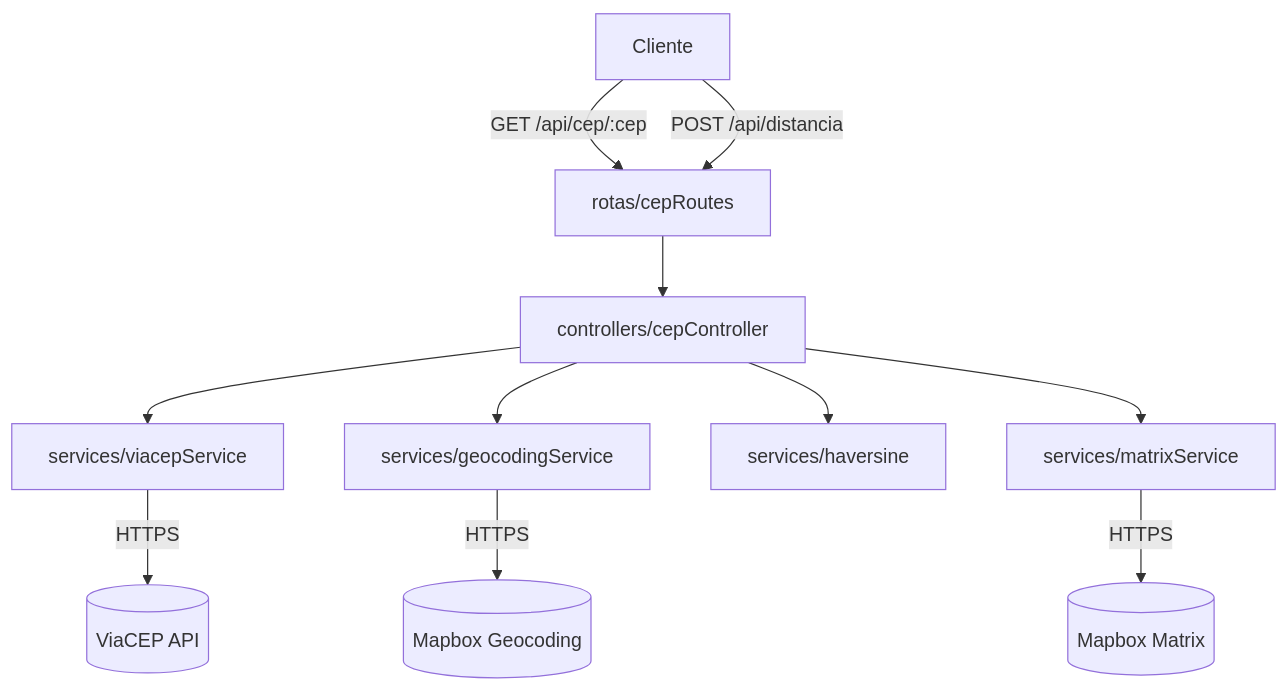
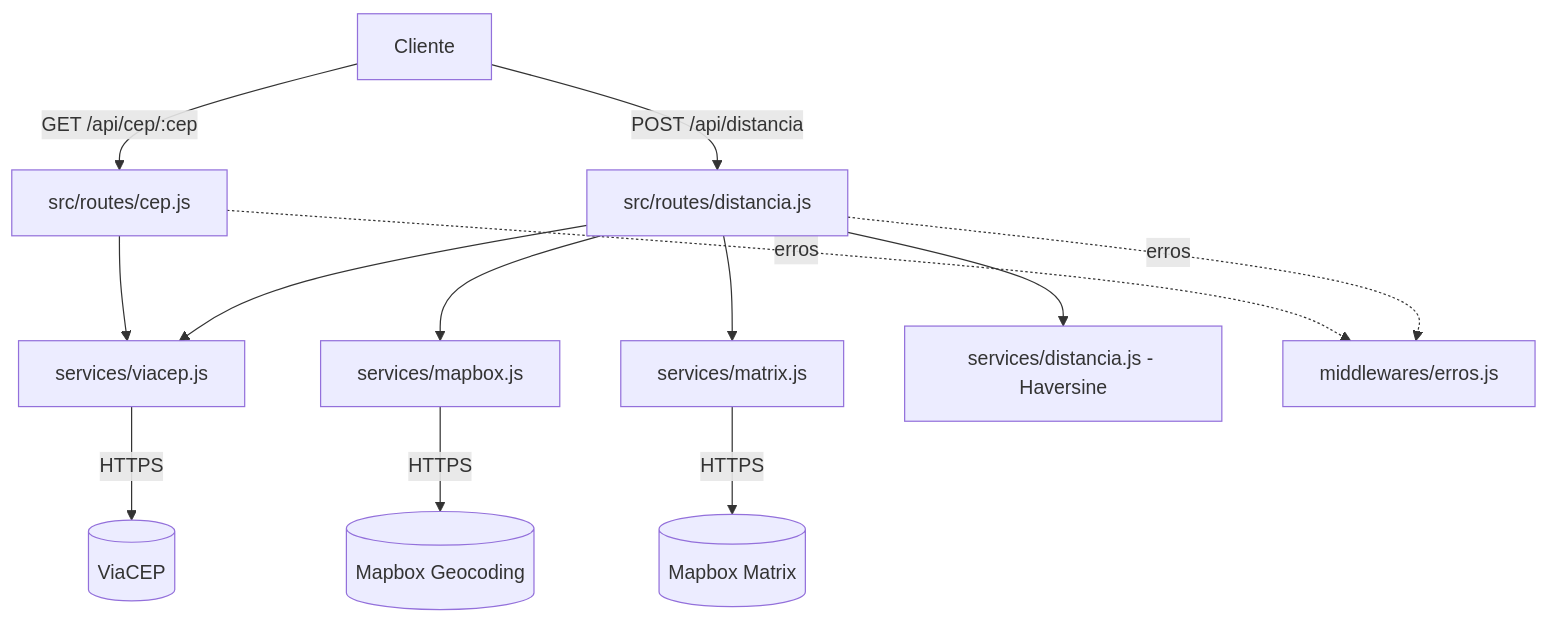
The diagram in readme.md (marciovinicius98/Mss-cep), drawn with Mermaid before and after one commit. The commit also changed other lines of this file, not shown here.

First line of the commit message:
docs: rewrite README to match the implemented API

````diff
--- a/readme.md
+++ b/readme.md
@@ -66,13 +59,15 @@
 ```mermaid
 graph TD
-    A[Cliente] -->|GET /api/cep/:cep| B[rotas/cepRoutes]
-    A -->|POST /api/distancia| B
-    B --> C[controllers/cepController]
-    C --> D[services/viacepService]
-    C --> E[services/geocodingService]
-    C --> F[services/haversine]
-    C --> G[services/matrixService]
-    D -->|HTTPS| H[(ViaCEP API)]
+    A[Cliente] -->|GET /api/cep/:cep| B[src/routes/cep.js]
+    A -->|POST /api/distancia| C[src/routes/distancia.js]
+    B --> D[services/viacep.js]
+    C --> D
+    C --> E[services/mapbox.js]
+    C --> F[services/matrix.js]
+    C --> G[services/distancia.js - Haversine]
+    D -->|HTTPS| H[(ViaCEP)]
     E -->|HTTPS| I[(Mapbox Geocoding)]
-    G -->|HTTPS| J[(Mapbox Matrix)]
+    F -->|HTTPS| J[(Mapbox Matrix)]
+    B -.erros.-> K[middlewares/erros.js]
+    C -.erros.-> K
 ```
````
